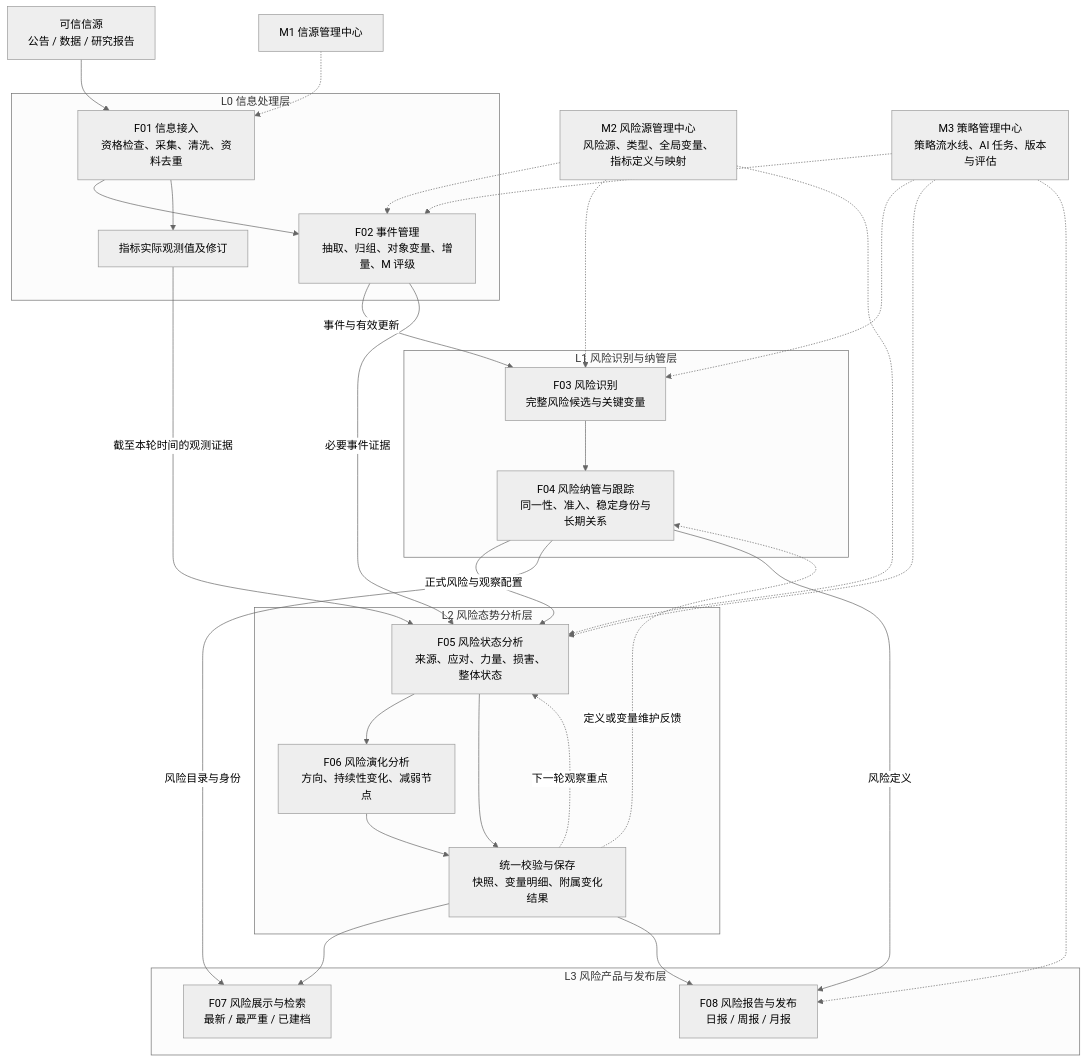
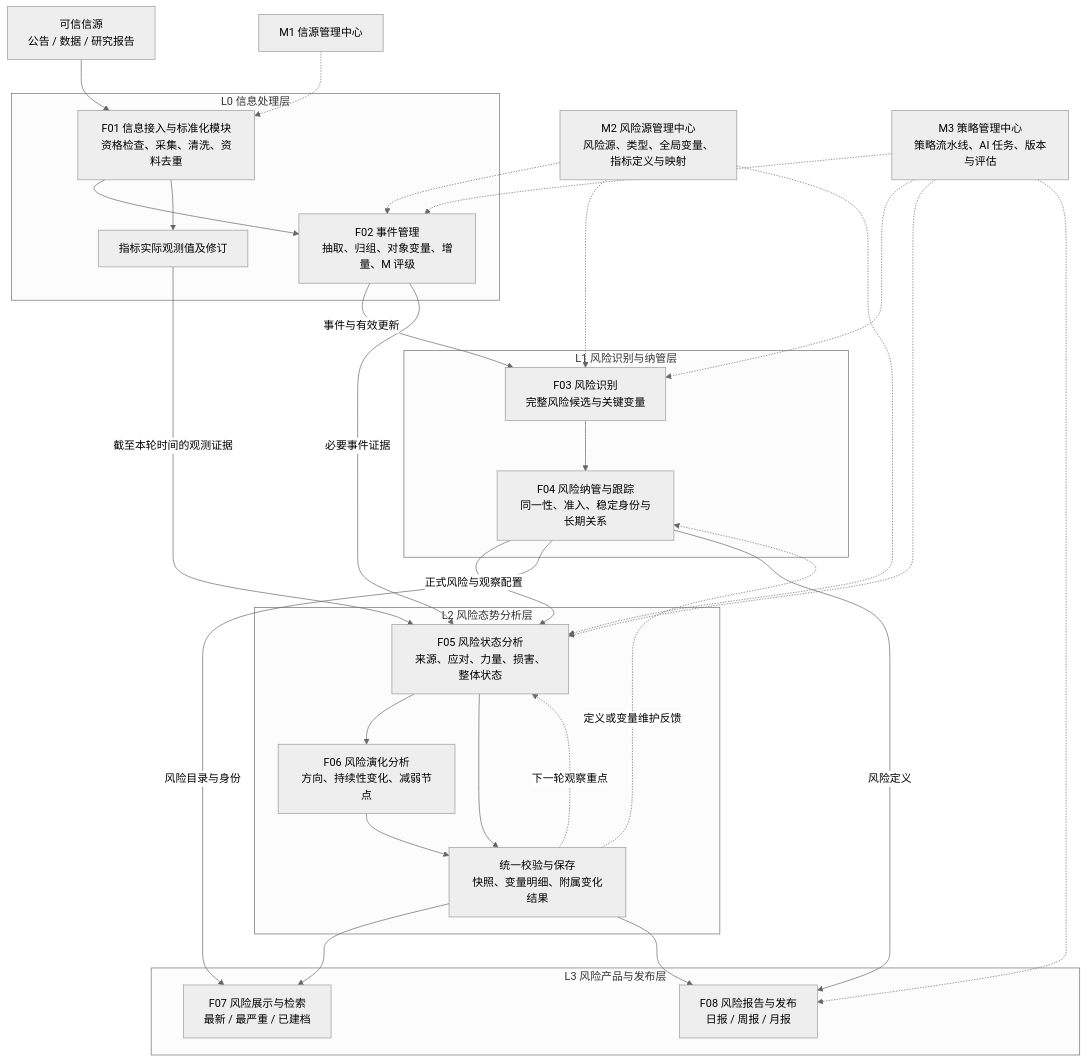
One commit to caojingwen1996/obsidian_kb changed the first of 3 diagrams in tools/RiskHot/docs/system-design/02-业务架构与领域设计/业务架构总览.md. Above: the diagram before and after it, drawn with Mermaid (neutral theme). The commit also changed other lines of this file and 431 other files, not shown here.

````diff
--- a/tools/RiskHot/docs/system-design/02-业务架构与领域设计/业务架构总览.md
+++ b/tools/RiskHot/docs/system-design/02-业务架构与领域设计/业务架构总览.md
@@ -49,38 +49,38 @@
 ```mermaid
 flowchart TB
     SRC["可信信源<br/>公告 / 数据 / 研究报告"] --> I
     subgraph L0["L0 信息处理层"]
-        I["F01 信息接入<br/>资格检查、采集、清洗、资料去重"] --> E["F02 事件管理<br/>抽取、归组、对象变量、增量、M 评级"]
+        I["F01 信息接入与标准化模块<br/>资格检查、采集、清洗、资料去重"] --> E["F02 事件管理<br/>抽取、归组、对象变量、增量、M 评级"]
         I --> O["指标实际观测值及修订"]
     end
     subgraph L1["L1 风险识别与纳管层"]
         R["F03 风险识别<br/>完整风险候选与关键变量"] --> A["F04 风险纳管与跟踪<br/>同一性、准入、稳定身份与长期关系"]
     end
     subgraph L2["L2 风险态势分析层"]
         S["F05 风险状态分析<br/>来源、应对、力量、损害、整体状态"] --> C["F06 风险演化分析<br/>方向、持续性变化、减弱节点"]
         S --> V["统一校验与保存<br/>快照、变量明细、附属变化结果"]
         C --> V
     end
     subgraph L3["L3 风险产品与发布层"]
         Q["F07 风险展示与检索<br/>最新 / 最严重 / 已建档"]
         P["F08 风险报告与发布<br/>日报 / 周报 / 月报"]
     end
     E -->|事件与有效更新| R
     E -->|必要事件证据| S
     A -->|正式风险与观察配置| S
     O -->|截至本轮时间的观测证据| S
     A -->|风险目录与身份| Q
     A -->|风险定义| P
     V --> Q
     V --> P
     V -.->|下一轮观察重点| S
     V -.->|定义或变量维护反馈| A
     M1["M1 信源管理中心"] -.-> I
     M2["M2 风险源管理中心<br/>风险源、类型、全局变量、指标定义与映射"] -.-> E
     M2 -.-> R
     M2 -.-> S
     M3["M3 策略管理中心<br/>策略流水线、AI 任务、版本与评估"] -.-> E
     M3 -.-> R
     M3 -.-> S
     M3 -.-> P
 ```
````
